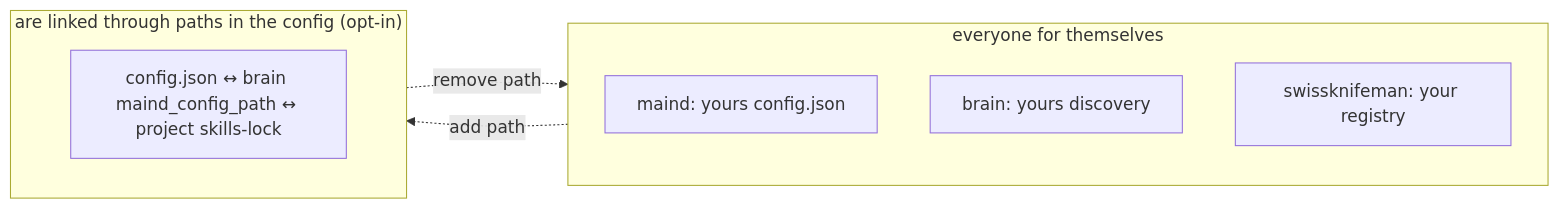
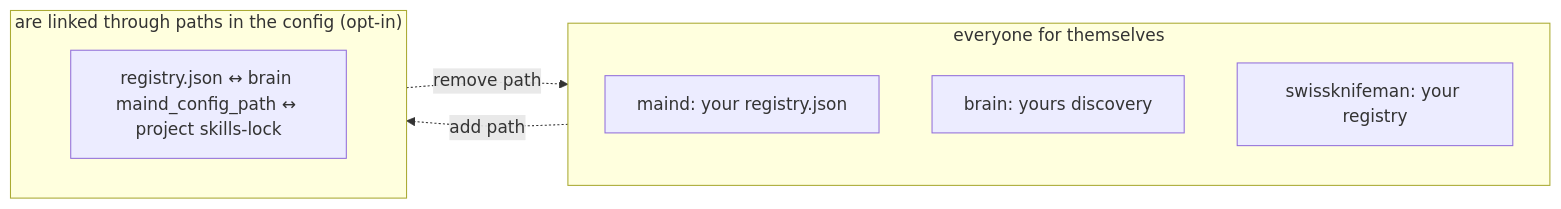
Before and after one commit to academici/swissknifeman: the second of 6 diagrams in packages/maind/docs/ecosystem.md, drawn with Mermaid. The commit also changed other lines of this file and 74 other files, not shown here.

````diff
--- a/packages/maind/docs/ecosystem.md
+++ b/packages/maind/docs/ecosystem.md
@@ -50,13 +50,13 @@
 ```mermaid
 flowchart LR
   subgraph alone["everyone for themselves"]
-    A1["maind: yours config.json"]
+    A1["maind: your registry.json"]
     A2["brain: yours discovery"]
     A3["swissknifeman: your registry"]
   end
   subgraph together["are linked through paths in the config (opt-in)"]
-    T["config.json ↔ brain maind_config_path ↔ project skills-lock"]
+    T["registry.json ↔ brain maind_config_path ↔ project skills-lock"]
   end
   alone -. "add path" .-> together
   together -. "remove path" .-> alone
 ```
````
